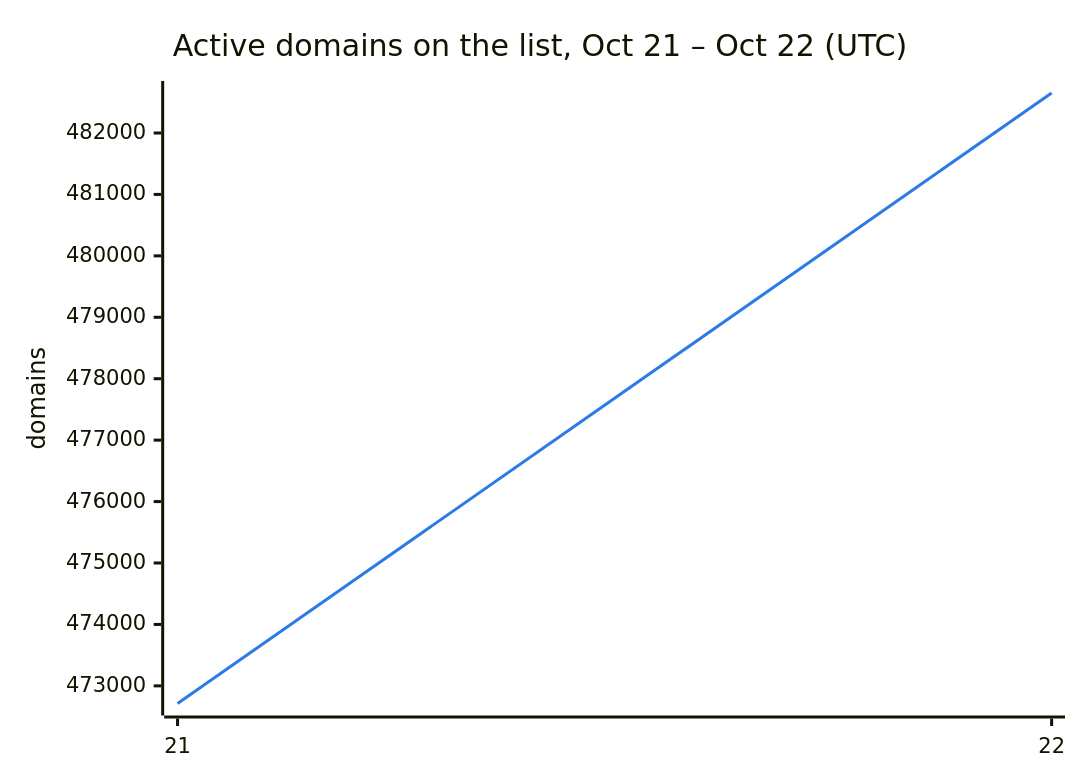
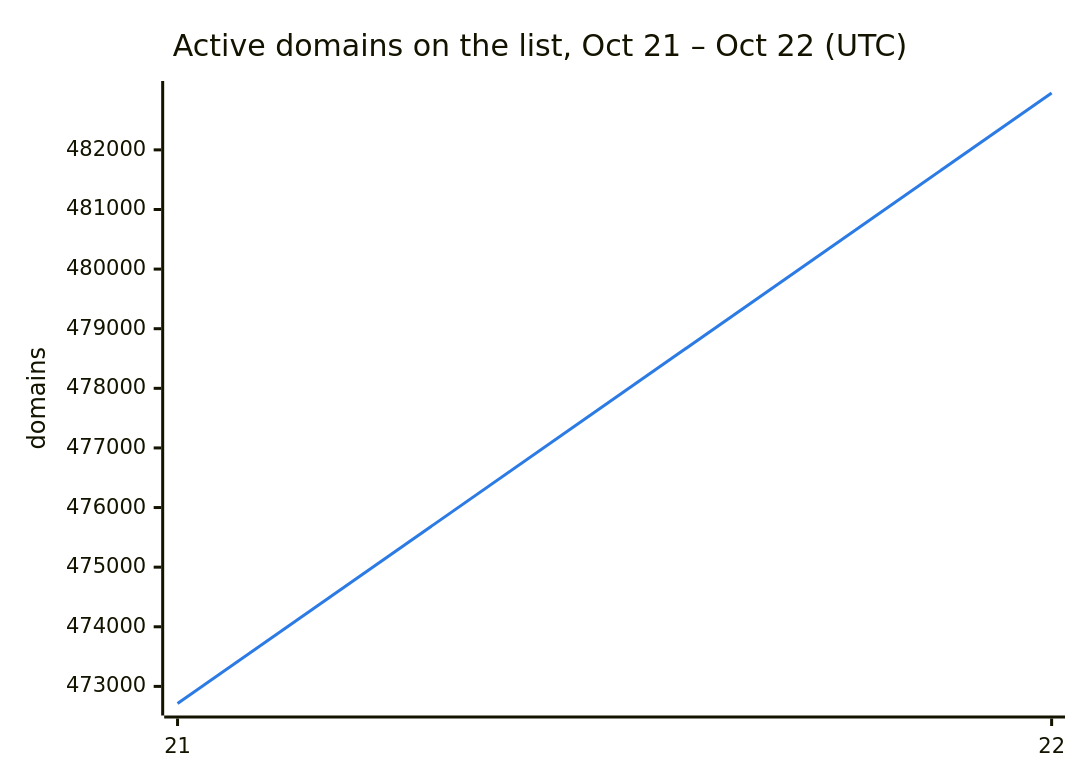
One commit to DNSBunker/CTI changed the second of 3 diagrams in README.md. Above: the diagram before and after it, drawn with Mermaid. The commit also changed other lines of this file and 3 other files, not shown here.

````diff
--- a/README.md
+++ b/README.md
@@ -38,8 +38,8 @@
 ```mermaid
 %%{init: {"themeVariables": {"xyChart": {"plotColorPalette": "#2c7be5"}}}}%%
 xychart-beta
     title "Active domains on the list, Oct 21 – Oct 22 (UTC)"
     x-axis ["21", "22"]
     y-axis "domains"
-    line [472713, 482651]
+    line [472713, 482954]
 ```
````
